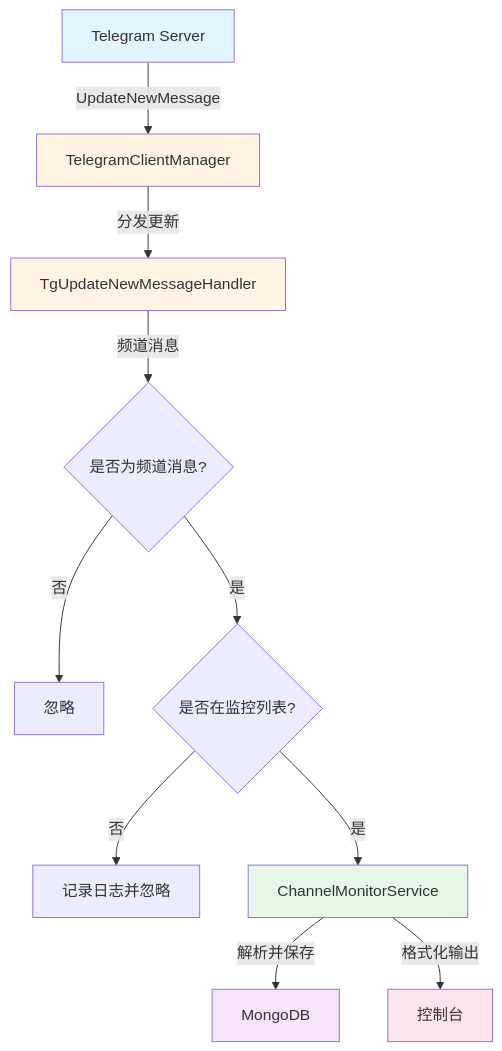
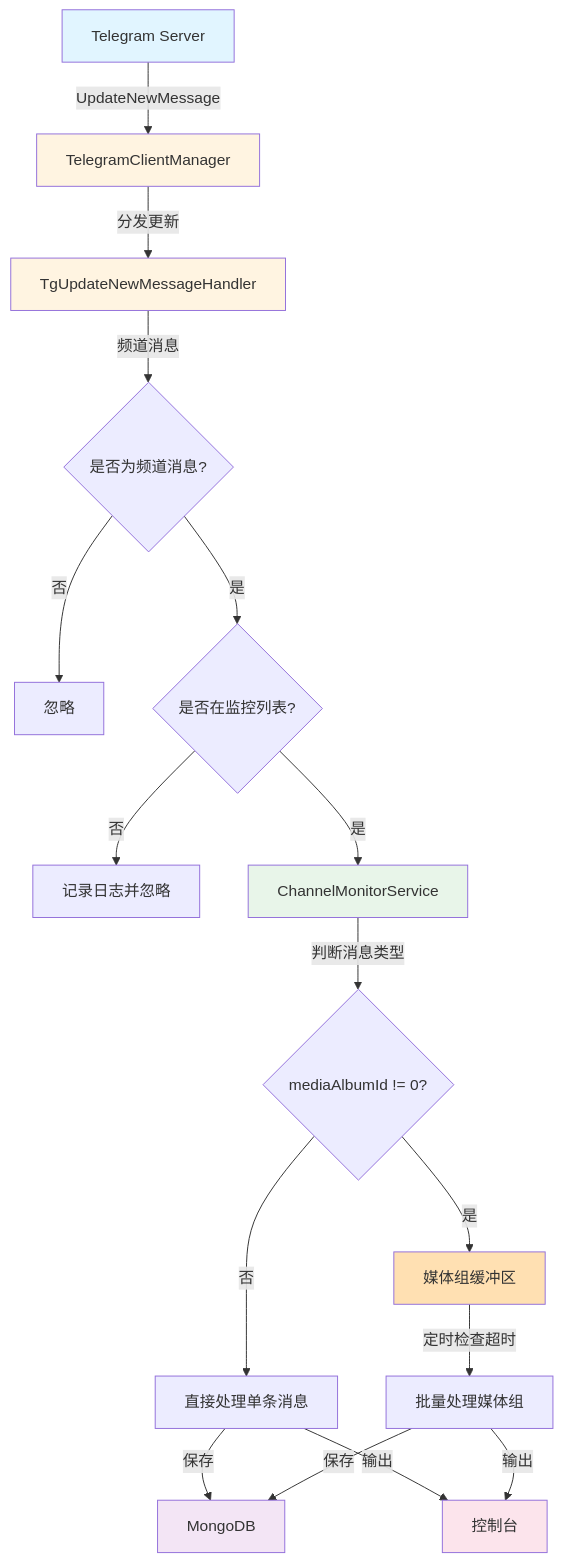
One commit to tianlovo/CocoMonyaB changed the first of 13 diagrams in docs/消息处理流程图.md. Above: the diagram before and after it, drawn with Mermaid. The commit also changed other lines of this file and 6 other files, not shown here.

````diff
--- a/docs/消息处理流程图.md
+++ b/docs/消息处理流程图.md
@@ -7,19 +7,26 @@
 ```mermaid
 graph TB
     A[Telegram Server] -->|UpdateNewMessage| B[TelegramClientManager]
     B -->|分发更新| C[TgUpdateNewMessageHandler]
     C -->|频道消息| D{是否为频道消息?}
     D -->|否| E[忽略]
     D -->|是| F{是否在监控列表?}
     F -->|否| G[记录日志并忽略]
     F -->|是| H[ChannelMonitorService]
-    H -->|解析并保存| I[MongoDB]
-    H -->|格式化输出| J[控制台]
+    H -->|判断消息类型| I{mediaAlbumId != 0?}
+    I -->|是| J[媒体组缓冲区]
+    I -->|否| K[直接处理单条消息]
+    J -->|定时检查超时| L[批量处理媒体组]
+    K -->|保存| M[MongoDB]
+    L -->|保存| M
+    K -->|输出| N[控制台]
+    L -->|输出| N
     
     style A fill:#e1f5ff
     style B fill:#fff4e1
     style C fill:#fff4e1
     style H fill:#e8f5e9
-    style I fill:#f3e5f5
-    style J fill:#fce4ec
+    style J fill:#ffe0b2
+    style M fill:#f3e5f5
+    style N fill:#fce4ec
 ```
````
